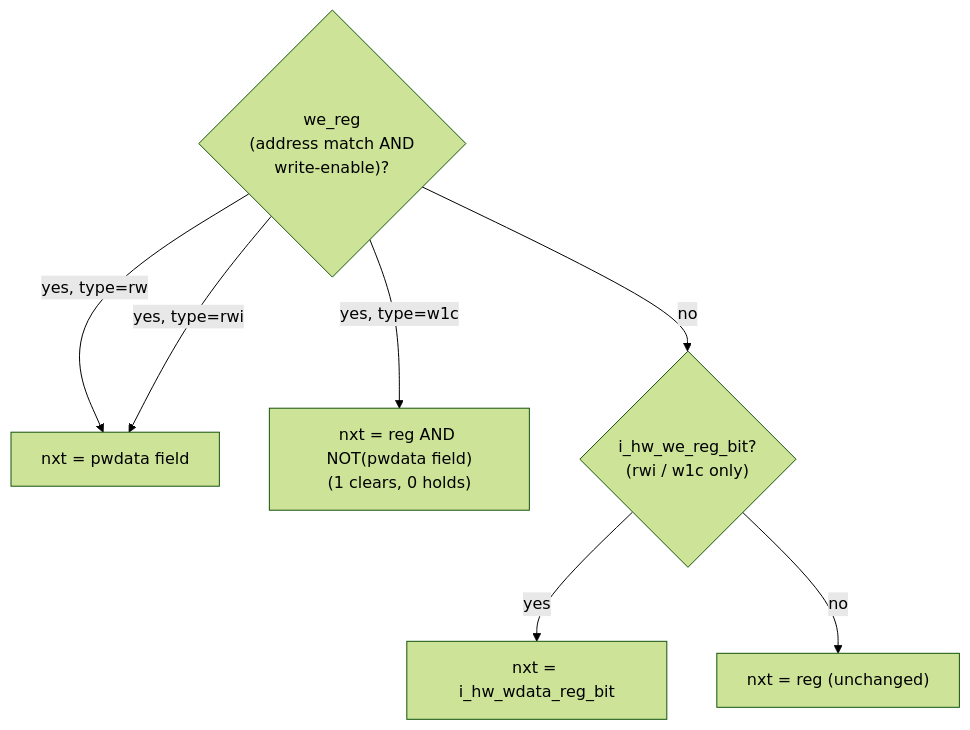
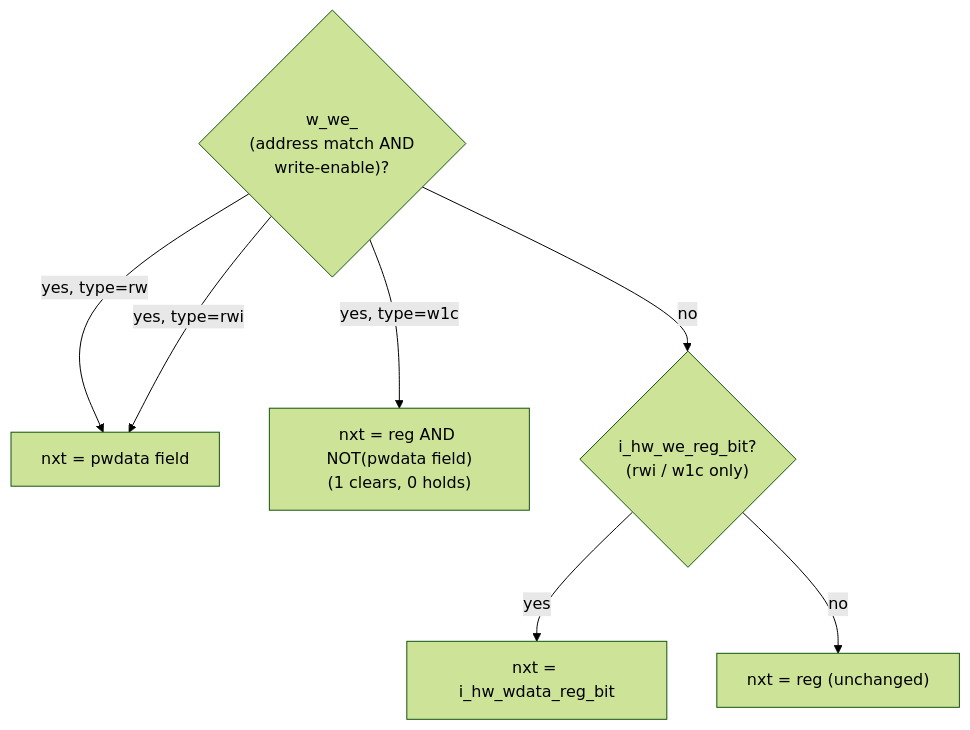
Before and after one commit to nguyenquanicd/APB-CSR-Generator: the third of 5 diagrams in README.md, drawn with Mermaid (forest theme). The commit also changed other lines of this file and 19 other files, not shown here.

````diff
--- a/README.md
+++ b/README.md
@@ -159,10 +159,10 @@
 ```mermaid
 flowchart TD
-    WE{"we_reg\n(address match AND\nwrite-enable)?"}
+    WE{"w_we_<reg>\n(address match AND\nwrite-enable)?"}
     WE -->|"yes, type=rw"| SWVAL["nxt = pwdata field"]
     WE -->|"yes, type=rwi"| SWVAL
     WE -->|"yes, type=w1c"| CLR["nxt = reg AND NOT(pwdata field)\n(1 clears, 0 holds)"]
     WE -->|"no"| HWCHK{"i_hw_we_reg_bit?\n(rwi / w1c only)"}
     HWCHK -->|"yes"| HWVAL["nxt = i_hw_wdata_reg_bit"]
     HWCHK -->|"no"| HOLD["nxt = reg (unchanged)"]
 ```
````
